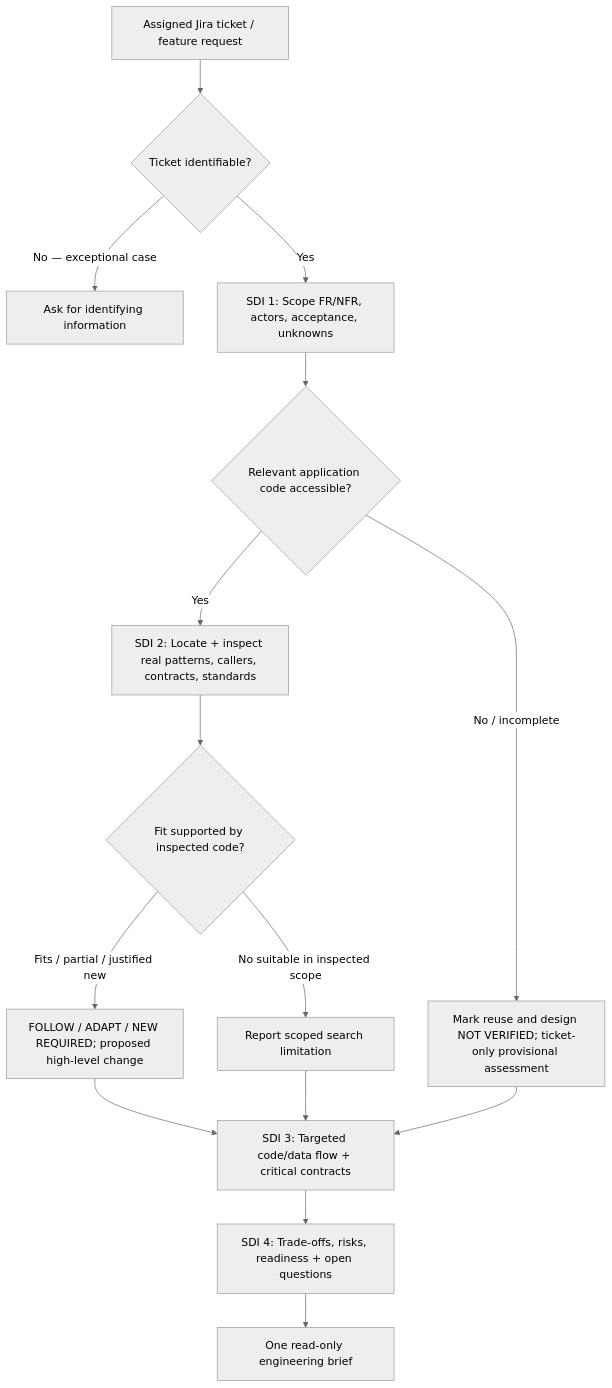
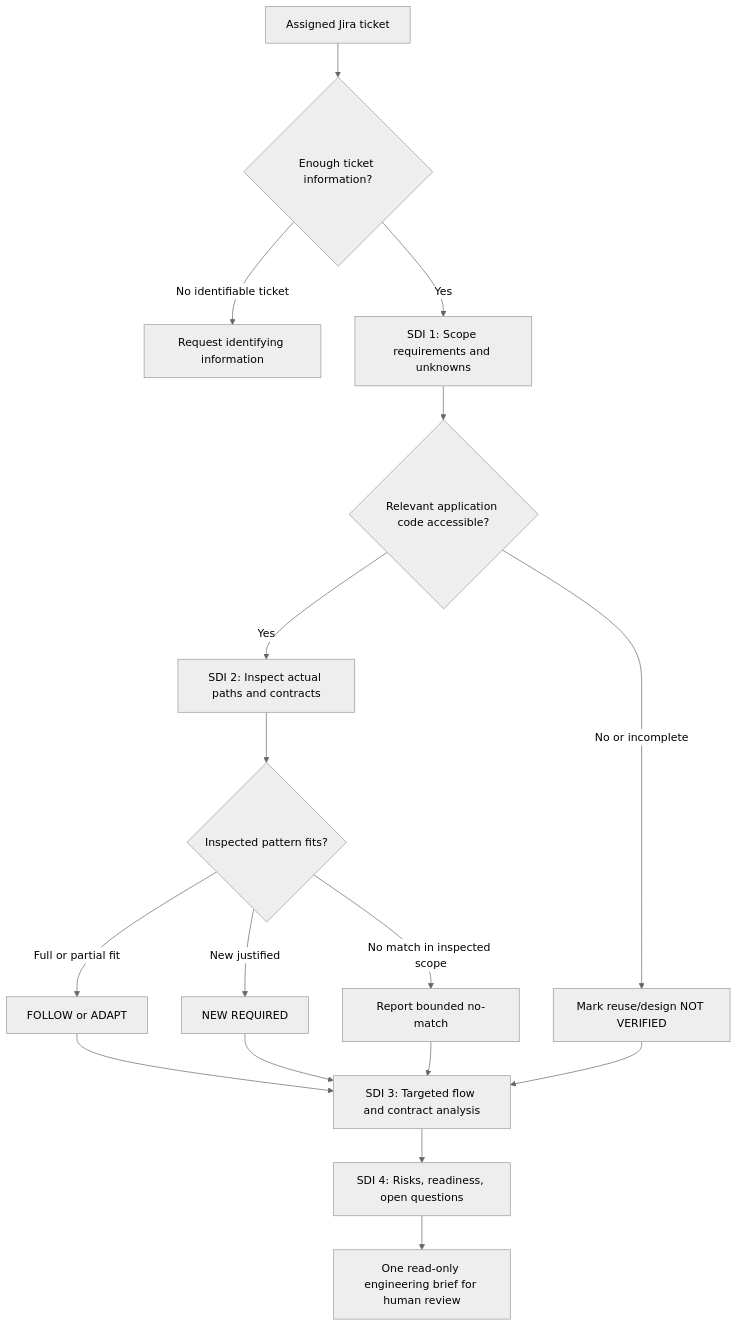
Before and after one commit to rlynjb/dotskills: the diagram in docs/dfrde/refine-requirements-light-stages-1-3-initial-review.md, drawn with Mermaid (neutral theme). The commit also changed other lines of this file, not shown here.

Commit message:
Regenerate Refine Requirements Light DFRDE Stages 1-3 from fresh Audit Skill inspection

````diff
--- a/docs/dfrde/refine-requirements-light-stages-1-3-initial-review.md
+++ b/docs/dfrde/refine-requirements-light-stages-1-3-initial-review.md
@@ -44,17 +41,19 @@
 ```mermaid
 flowchart TD
-    T["Assigned Jira ticket / feature request"] --> G{"Ticket identifiable?"}
-    G -->|"No — exceptional case"| ASK["Ask for identifying information"]
-    G -->|Yes| S1["SDI 1: Scope FR/NFR, actors, acceptance, unknowns"]
-    S1 --> ACCESS{"Relevant application code accessible?"}
-    ACCESS -->|Yes| VERIFY["SDI 2: Locate + inspect real patterns, callers, contracts, standards"]
-    ACCESS -->|No / incomplete| UNKNOWN["Mark reuse and design NOT VERIFIED; ticket-only provisional assessment"]
-    VERIFY --> FIT{"Fit supported by inspected code?"}
-    FIT -->|Fits / partial / justified new| PLAN["FOLLOW / ADAPT / NEW REQUIRED; proposed high-level change"]
-    FIT -->|No suitable in inspected scope| NONE["Report scoped search limitation"]
-    PLAN --> DEEP["SDI 3: Targeted code/data flow + critical contracts"]
-    NONE --> DEEP
-    UNKNOWN --> DEEP
-    DEEP --> WRAP["SDI 4: Trade-offs, risks, readiness + open questions"]
-    WRAP --> OUT["One read-only engineering brief"]
+    A["Assigned Jira ticket"] --> B{"Enough ticket information?"}
+    B -->|No identifiable ticket| X["Request identifying information"]
+    B -->|Yes| C["SDI 1: Scope requirements and unknowns"]
+    C --> D{"Relevant application code accessible?"}
+    D -->|Yes| E["SDI 2: Inspect actual paths and contracts"]
+    D -->|No or incomplete| U["Mark reuse/design NOT VERIFIED"]
+    E --> F{"Inspected pattern fits?"}
+    F -->|Full or partial fit| G["FOLLOW or ADAPT"]
+    F -->|New justified| H["NEW REQUIRED"]
+    F -->|No match in inspected scope| I["Report bounded no-match"]
+    G --> J["SDI 3: Targeted flow and contract analysis"]
+    H --> J
+    I --> J
+    U --> J
+    J --> K["SDI 4: Risks, readiness, open questions"]
+    K --> L["One read-only engineering brief for human review"]
 ```
````
